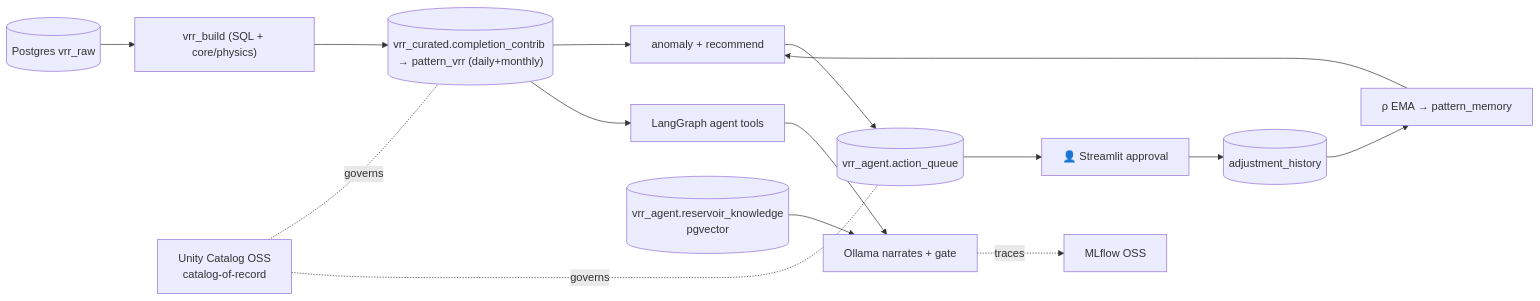
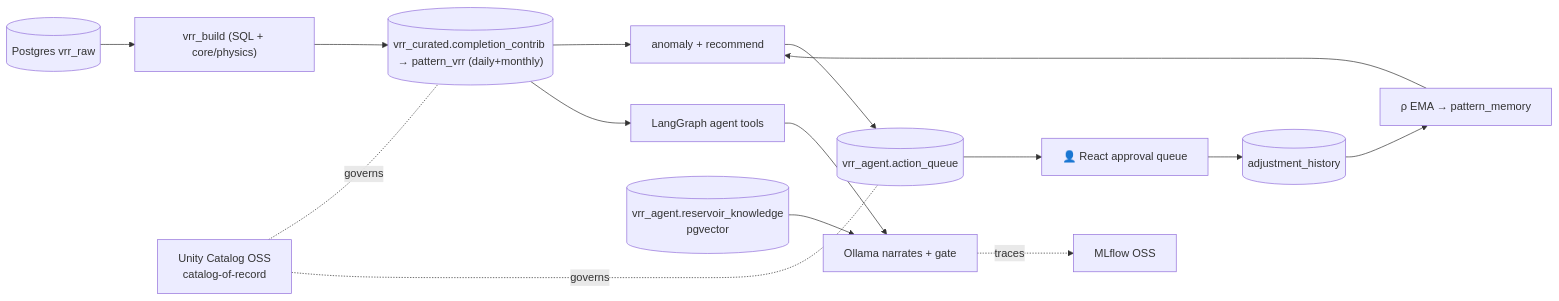
One commit to vamshi455/vrr-agent-open changed the first of 2 diagrams in docs/design.md. Above: the diagram before and after it, drawn with Mermaid. The commit also changed other lines of this file and 39 other files, not shown here.

First line of the commit message:
feat(ui): replace Streamlit with a React workbench over a FastAPI backend

````diff
--- a/docs/design.md
+++ b/docs/design.md
@@ -63,12 +63,12 @@
 ```mermaid
 flowchart LR
     RAW[("Postgres vrr_raw")] --> BUILD["vrr_build (SQL + core/physics)"]
     BUILD --> CUR[("vrr_curated.completion_contrib → pattern_vrr (daily+monthly)")]
     CUR --> ANOM["anomaly + recommend"] --> Q[("vrr_agent.action_queue")]
-    Q --> APP["👤 Streamlit approval"] --> AH[("adjustment_history")]
+    Q --> APP["👤 React approval queue"] --> AH[("adjustment_history")]
     AH --> LEARN["ρ EMA → pattern_memory"] --> ANOM
     CUR --> TOOLS["LangGraph agent tools"] --> LLM["Ollama narrates + gate"]
     KB[("vrr_agent.reservoir_knowledge<br/>pgvector")] --> LLM
     UC["Unity Catalog OSS<br/>catalog-of-record"] -. governs .- CUR & Q
     LLM -. traces .-> ML["MLflow OSS"]
 ```
````
